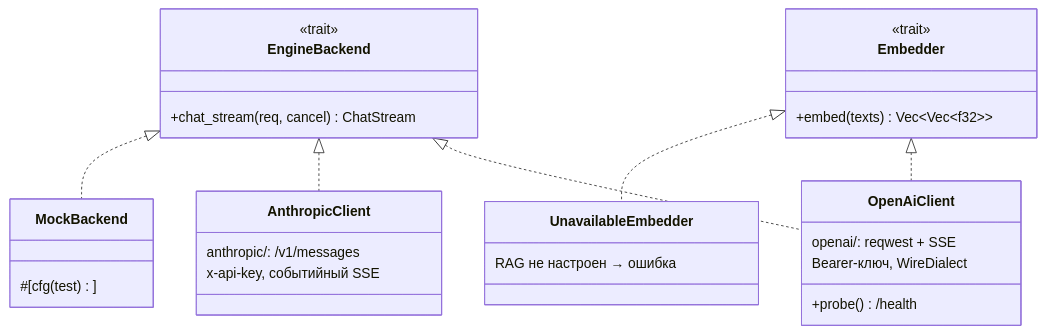
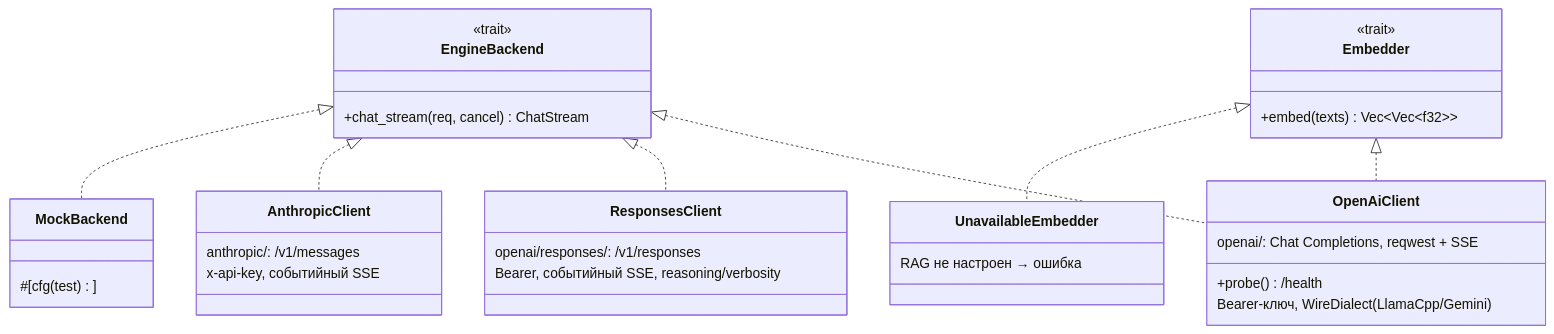
The sixth of 17 diagrams in docs/architecture.md (vshylov/mindfork-rs), drawn with Mermaid before and after one commit. The commit also changed other lines of this file and 16 other files, not shown here.

````diff
--- a/docs/architecture.md
+++ b/docs/architecture.md
@@ -454,31 +473,36 @@
 ```mermaid
 classDiagram
     class EngineBackend {
         <<trait>>
         +chat_stream(req, cancel) ChatStream
     }
     class Embedder {
         <<trait>>
         +embed(texts) Vec~Vec~f32~~
     }
     class OpenAiClient {
-        openai/: reqwest + SSE
+        openai/: Chat Completions, reqwest + SSE
         +probe() /health
-        Bearer-ключ, WireDialect
+        Bearer-ключ, WireDialect (LlamaCpp/Gemini)
+    }
+    class ResponsesClient {
+        openai/responses/: /v1/responses
+        Bearer, событийный SSE, reasoning/verbosity
     }
     class AnthropicClient {
         anthropic/: /v1/messages
         x-api-key, событийный SSE
     }
     class UnavailableEmbedder {
         RAG не настроен → ошибка
     }
     class MockBackend {
         #[cfg(test)]
     }
     EngineBackend <|.. OpenAiClient
+    EngineBackend <|.. ResponsesClient
     EngineBackend <|.. AnthropicClient
     EngineBackend <|.. MockBackend
     Embedder <|.. OpenAiClient
     Embedder <|.. UnavailableEmbedder
 ```
````
